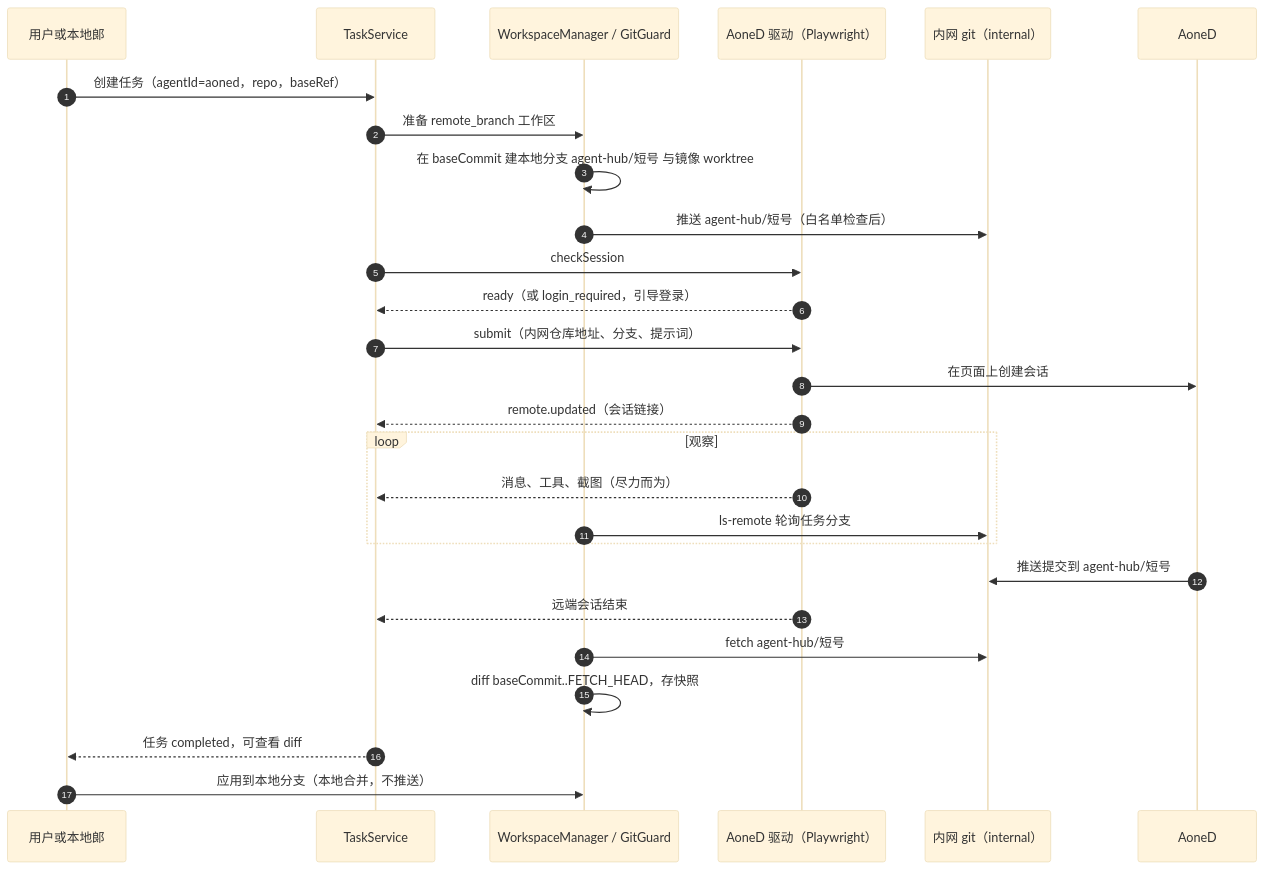
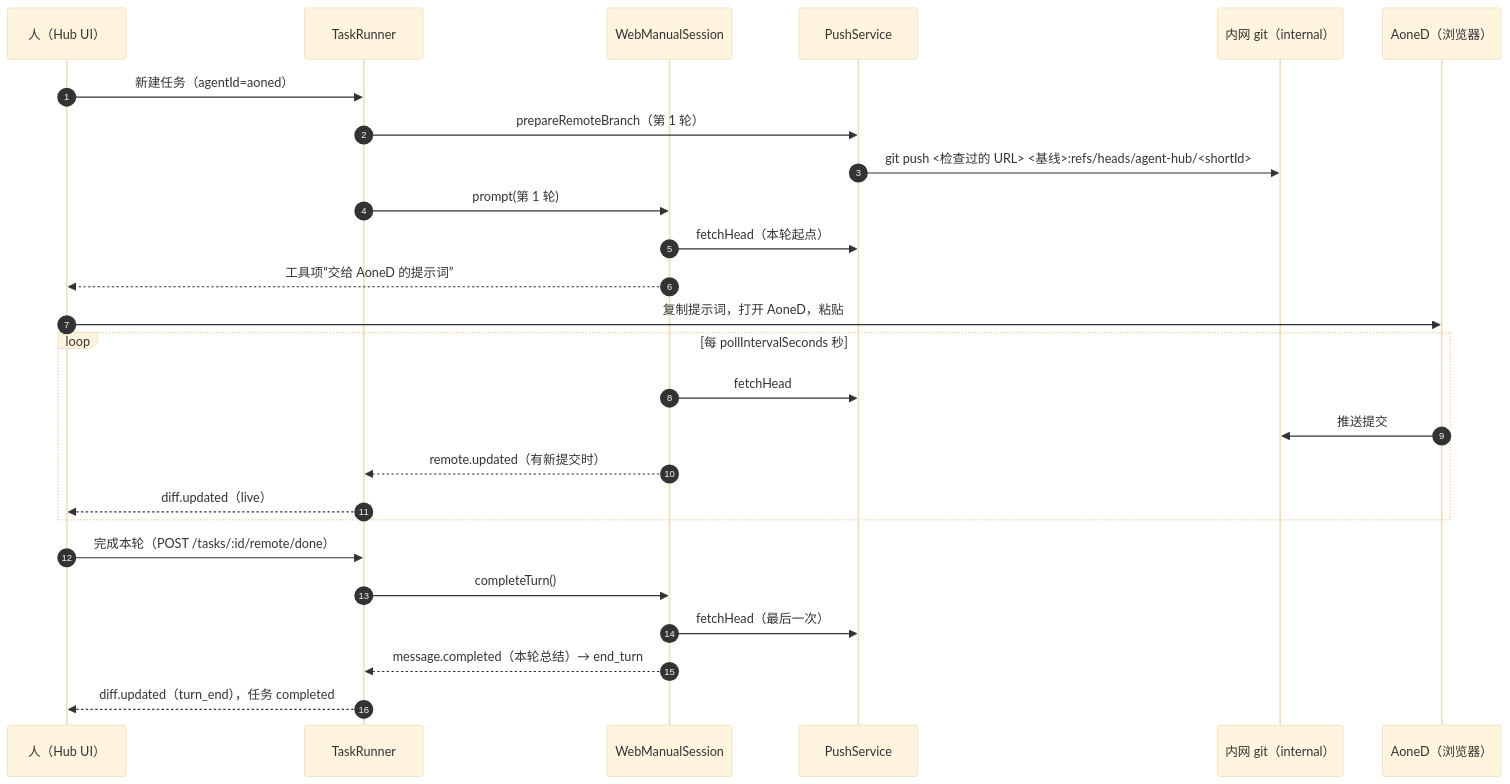
The diagram in apps/agent-hub/docs/web-agent.md (xv-jiaqi/multi-apps), drawn with Mermaid (base theme) before and after one commit. The commit also changed other lines of this file and 3 other files, not shown here.

Commit message:
docs(docs): rewrite agent-hub web agent as verified manual collaboration flow

````diff
--- a/apps/agent-hub/docs/web-agent.md
+++ b/apps/agent-hub/docs/web-agent.md
@@ -27,29 +25,28 @@
 ```mermaid
 sequenceDiagram
   autonumber
-  participant U as 用户或本地郎
-  participant T as TaskService
-  participant W as WorkspaceManager / GitGuard
-  participant D as AoneD 驱动（Playwright）
+  participant P as 人（Hub UI）
+  participant R as TaskRunner
+  participant S as WebManualSession
+  participant G as PushService
   participant I as 内网 git（internal）
-  participant A as AoneD
-  U->>T: 创建任务（agentId=aoned，repo，baseRef）
-  T->>W: 准备 remote_branch 工作区
-  W->>W: 在 baseCommit 建本地分支 agent-hub/短号 与镜像 worktree
-  W->>I: 推送 agent-hub/短号（白名单检查后）
-  T->>D: checkSession
-  D-->>T: ready（或 login_required，引导登录）
-  T->>D: submit（内网仓库地址、分支、提示词）
-  D->>A: 在页面上创建会话
-  D-->>T: remote.updated（会话链接）
-  loop 观察
-    D-->>T: 消息、工具、截图（尽力而为）
-    W->>I: ls-remote 轮询任务分支
+  participant A as AoneD（浏览器）
+  P->>R: 新建任务（agentId=aoned）
+  R->>G: prepareRemoteBranch（第 1 轮）
+  G->>I: git push <检查过的 URL> <基线>:refs/heads/agent-hub/<shortId>
+  R->>S: prompt(第 1 轮)
+  S->>G: fetchHead（本轮起点）
+  S-->>P: 工具项“交给 AoneD 的提示词”
+  P->>A: 复制提示词，打开 AoneD，粘贴
+  loop 每 pollIntervalSeconds 秒
+    S->>G: fetchHead
+    A->>I: 推送提交
+    S-->>R: remote.updated（有新提交时）
+    R-->>P: diff.updated（live）
   end
-  A->>I: 推送提交到 agent-hub/短号
-  D-->>T: 远端会话结束
-  W->>I: fetch agent-hub/短号
-  W->>W: diff baseCommit..FETCH_HEAD，存快照
-  T-->>U: 任务 completed，可查看 diff
-  U->>W: 应用到本地分支（本地合并，不推送）
+  P->>R: 完成本轮（POST /tasks/:id/remote/done）
+  R->>S: completeTurn()
+  S->>G: fetchHead（最后一次）
+  S-->>R: message.completed（本轮总结）→ end_turn
+  R-->>P: diff.updated（turn_end），任务 completed
 ```
````
